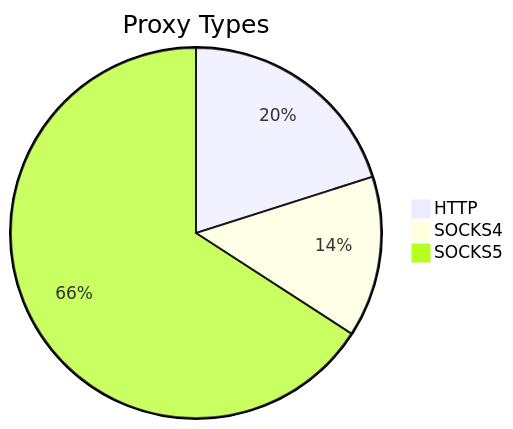
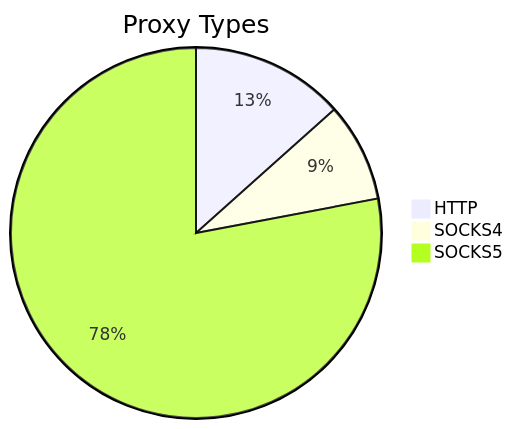
Before and after one commit to stormsia/proxy-list: the first of 2 diagrams in README.md, drawn with Mermaid. The commit also changed other lines of this file, not shown here.

````diff
--- a/README.md
+++ b/README.md
@@ -21,6 +21,6 @@
 ```mermaid
 pie title Proxy Types
-    "HTTP" : 173
-    "SOCKS4" : 121
-    "SOCKS5" : 567
+    "HTTP" : 73
+    "SOCKS4" : 47
+    "SOCKS5" : 425
 ```
````
